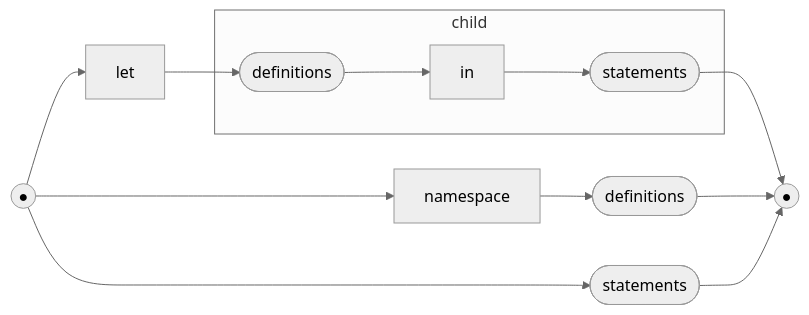
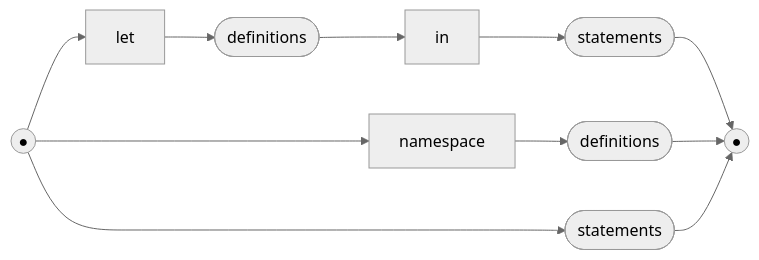
The third of 59 diagrams in docs/railroad.md (billhails/CEKF), drawn with Mermaid (neutral theme) before and after one commit. The commit also changed other lines of this file and 1 other file, not shown here.

````diff
--- a/docs/railroad.md
+++ b/docs/railroad.md
@@ -23,16 +32,14 @@
 ```mermaid
 flowchart LR
 s(("●"))
 e(("●"))
 let[let]
 namespace[namespace]
 namespace_definitions([definitions])
 statements([statements])
-subgraph child
-    let_definitions([definitions]) --> in[in] --> let_statements([statements])
-end
+let_definitions([definitions]) --> in[in] --> let_statements([statements])
 s --> let --> let_definitions
 let_statements --> e
 s --> namespace --> namespace_definitions --> e
 s --> statements --> e
 ```
````
